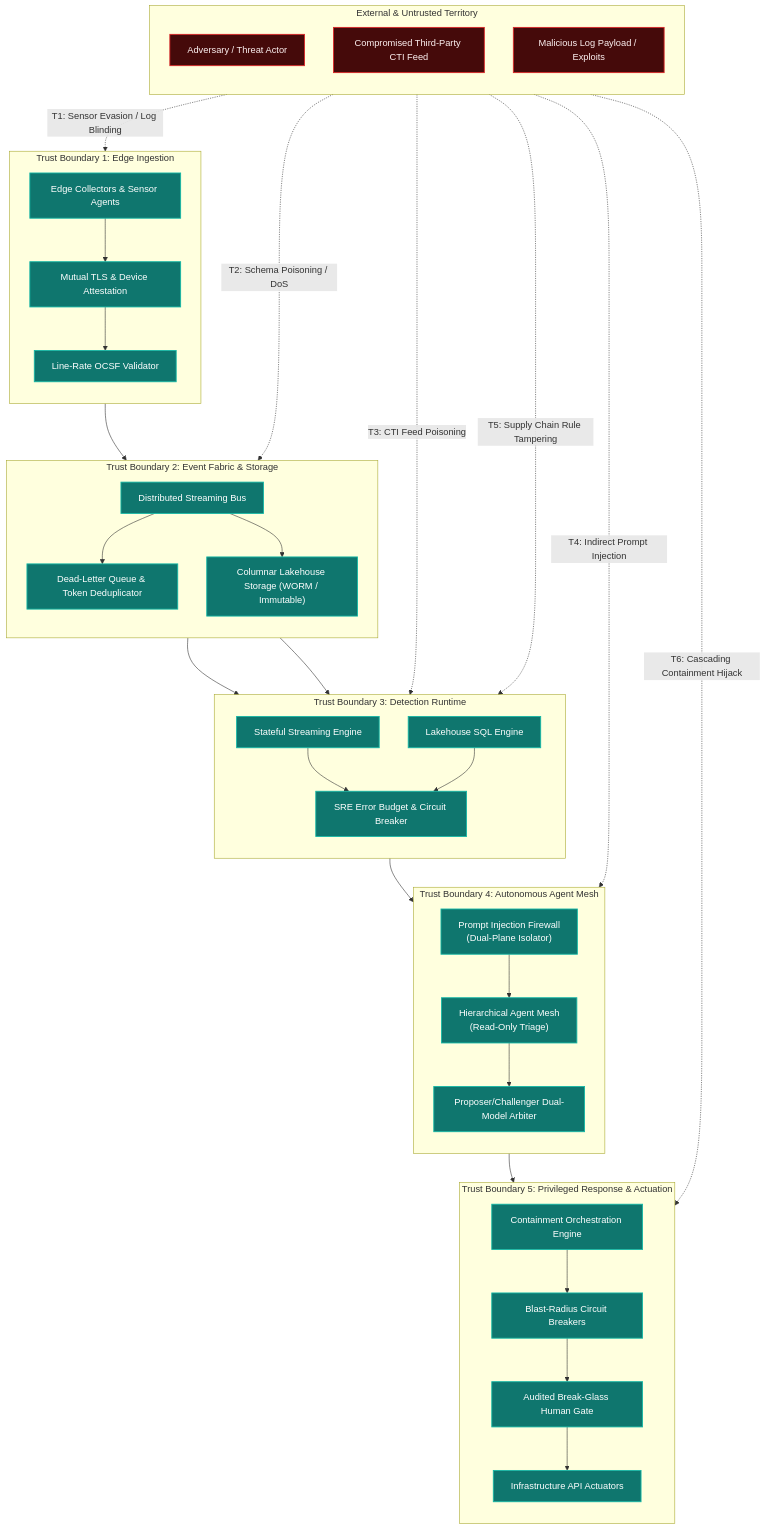
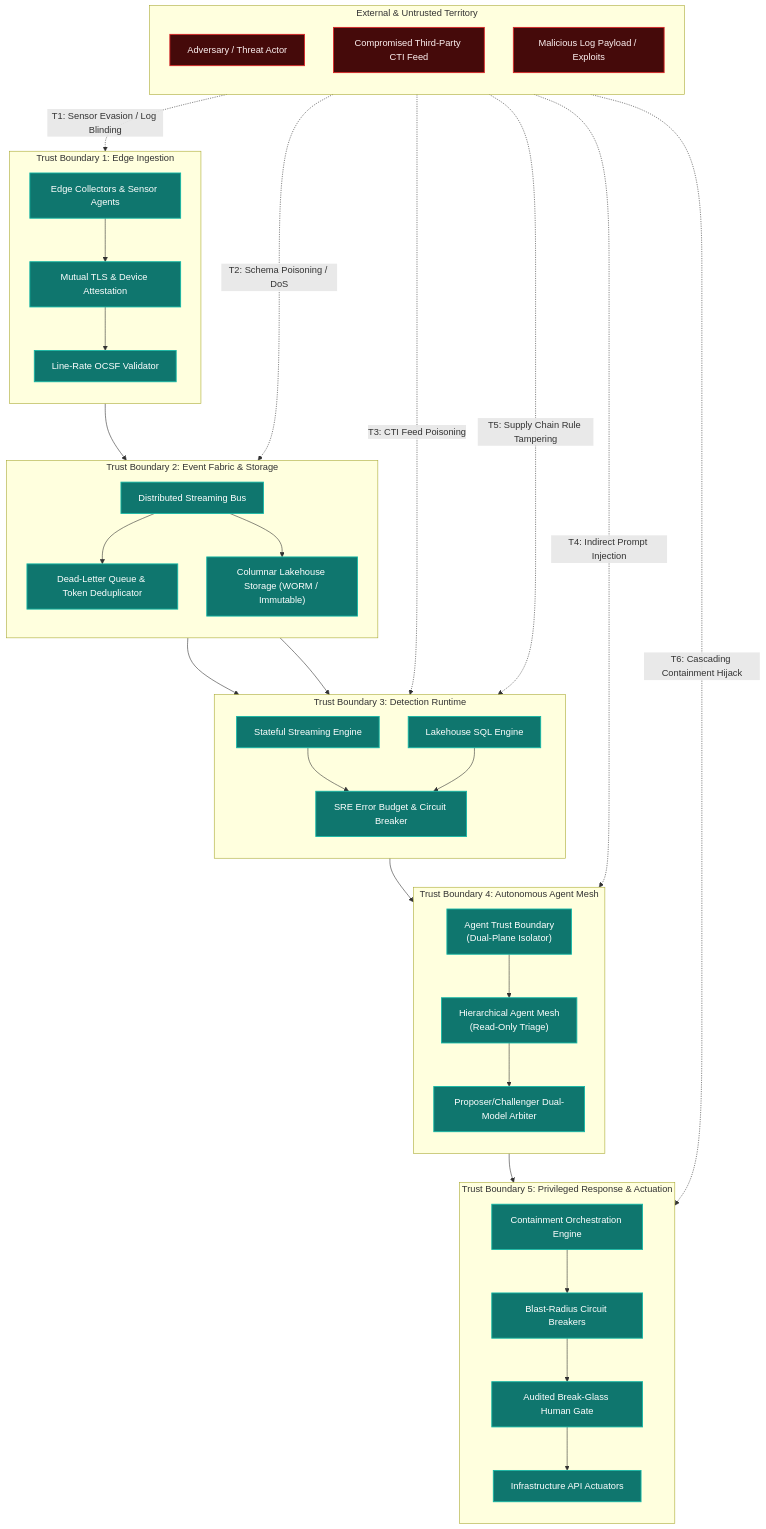
One commit to Haribu/TIDIR changed the diagram in docs/architecture/09-threat-model.md. Above: the diagram before and after it, drawn with Mermaid. The commit also changed other lines of this file and 16 other files, not shown here.

Commit message:
feat: implement immediate architecture refinements and v0.2 roadmap

````diff
--- a/docs/architecture/09-threat-model.md
+++ b/docs/architecture/09-threat-model.md
@@ -13,72 +13,72 @@
 ```mermaid
 flowchart TB
     subgraph ZONE_EXTERNAL["External & Untrusted Territory"]
         direction TB
         ADV["Adversary / Threat Actor"]
         EXT_TI["Compromised Third-Party CTI Feed"]
         MAL_PAYLOAD["Malicious Log Payload / Exploits"]
     end
 
     subgraph BOUNDARY_INGEST["Trust Boundary 1: Edge Ingestion"]
         direction TB
         COLL["Edge Collectors & Sensor Agents"]
         MTLS["Mutual TLS & Device Attestation"]
         SAN["Line-Rate OCSF Validator"]
     end
 
     subgraph BOUNDARY_STREAM["Trust Boundary 2: Event Fabric & Storage"]
         direction TB
         BUS["Distributed Streaming Bus"]
         DLQ["Dead-Letter Queue & Token Deduplicator"]
         LAKE["Columnar Lakehouse Storage (WORM / Immutable)"]
     end
 
     subgraph BOUNDARY_DETECTION["Trust Boundary 3: Detection Runtime"]
         direction TB
         STREAM_ENG["Stateful Streaming Engine"]
         BATCH_ENG["Lakehouse SQL Engine"]
         NOISE_BUDGET["SRE Error Budget & Circuit Breaker"]
     end
 
     subgraph BOUNDARY_AI["Trust Boundary 4: Autonomous Agent Mesh"]
         direction TB
-        FW["Prompt Injection Firewall<br>(Dual-Plane Isolator)"]
+        FW["Agent Trust Boundary<br>(Dual-Plane Isolator)"]
         MESH["Hierarchical Agent Mesh<br>(Read-Only Triage)"]
         ARB["Proposer/Challenger Dual-Model Arbiter"]
     end
 
     subgraph BOUNDARY_RESPONSE["Trust Boundary 5: Privileged Response & Actuation"]
         direction TB
         RESP["Containment Orchestration Engine"]
         BREAKER["Blast-Radius Circuit Breakers"]
         BREAK_GLASS["Audited Break-Glass Human Gate"]
         ACTUATORS["Infrastructure API Actuators"]
     end
 
     %% Threat Vectors
     ADV -.->|"T1: Sensor Evasion / Log Blinding"| COLL
     MAL_PAYLOAD -.->|"T2: Schema Poisoning / DoS"| BUS
     EXT_TI -.->|"T3: CTI Feed Poisoning"| STREAM_ENG
     MAL_PAYLOAD -.->|"T4: Indirect Prompt Injection"| FW
     ADV -.->|"T5: Supply Chain Rule Tampering"| STREAM_ENG
     ADV -.->|"T6: Cascading Containment Hijack"| RESP
 
     %% Legitimate Data Flows & Controls
     COLL --> MTLS --> SAN --> BUS
     BUS --> DLQ
     BUS --> LAKE
     BUS --> STREAM_ENG
     LAKE --> BATCH_ENG
     STREAM_ENG --> NOISE_BUDGET
     BATCH_ENG --> NOISE_BUDGET
     NOISE_BUDGET --> FW
     FW --> MESH --> ARB
     ARB --> RESP
     RESP --> BREAKER --> BREAK_GLASS --> ACTUATORS
 
     classDef external fill:#450a0a,stroke:#dc2626,stroke-width:1.5px,color:#fef2f2;
     classDef boundary fill:#0f172a,stroke:#3b82f6,stroke-width:1.5px,color:#f8fafc;
     classDef control fill:#0f766e,stroke:#14b8a6,stroke-width:1.5px,color:#ffffff;
     class ADV,EXT_TI,MAL_PAYLOAD external;
     class COLL,MTLS,SAN,BUS,DLQ,LAKE,STREAM_ENG,BATCH_ENG,NOISE_BUDGET,FW,MESH,ARB,RESP,BREAKER,BREAK_GLASS,ACTUATORS control;
 ```
````
